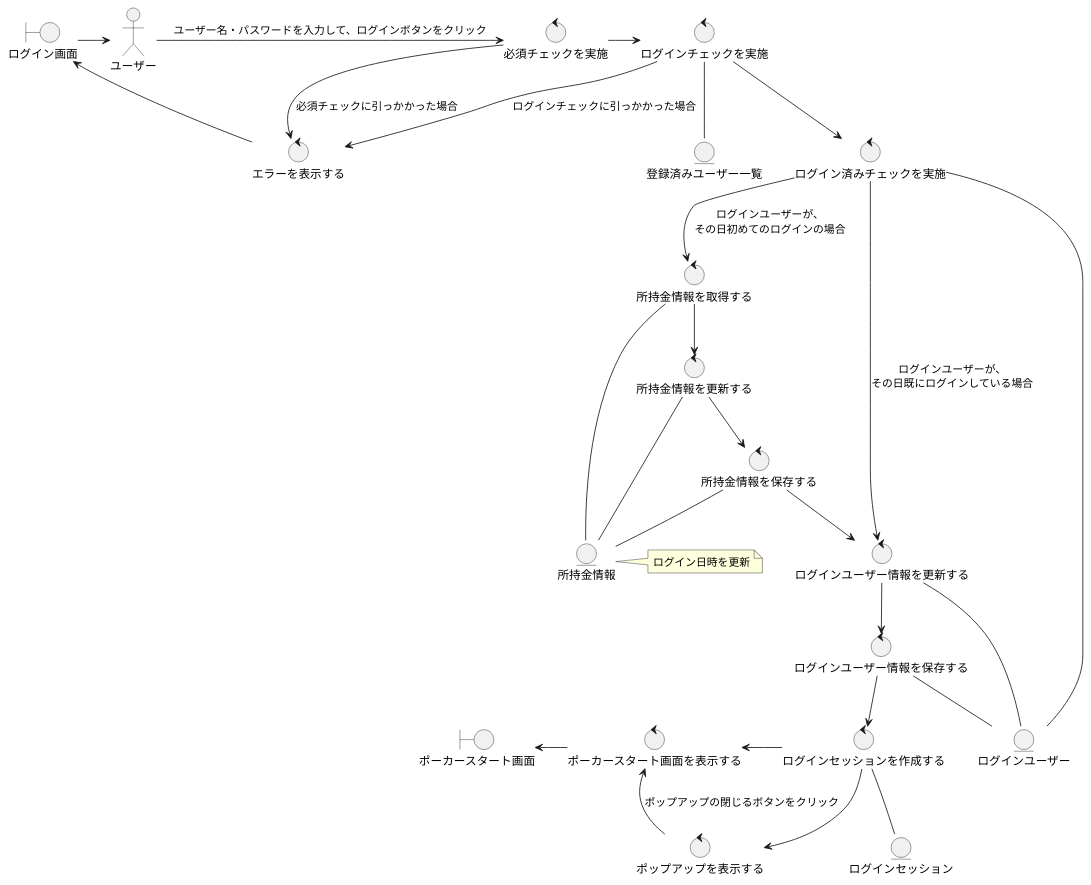
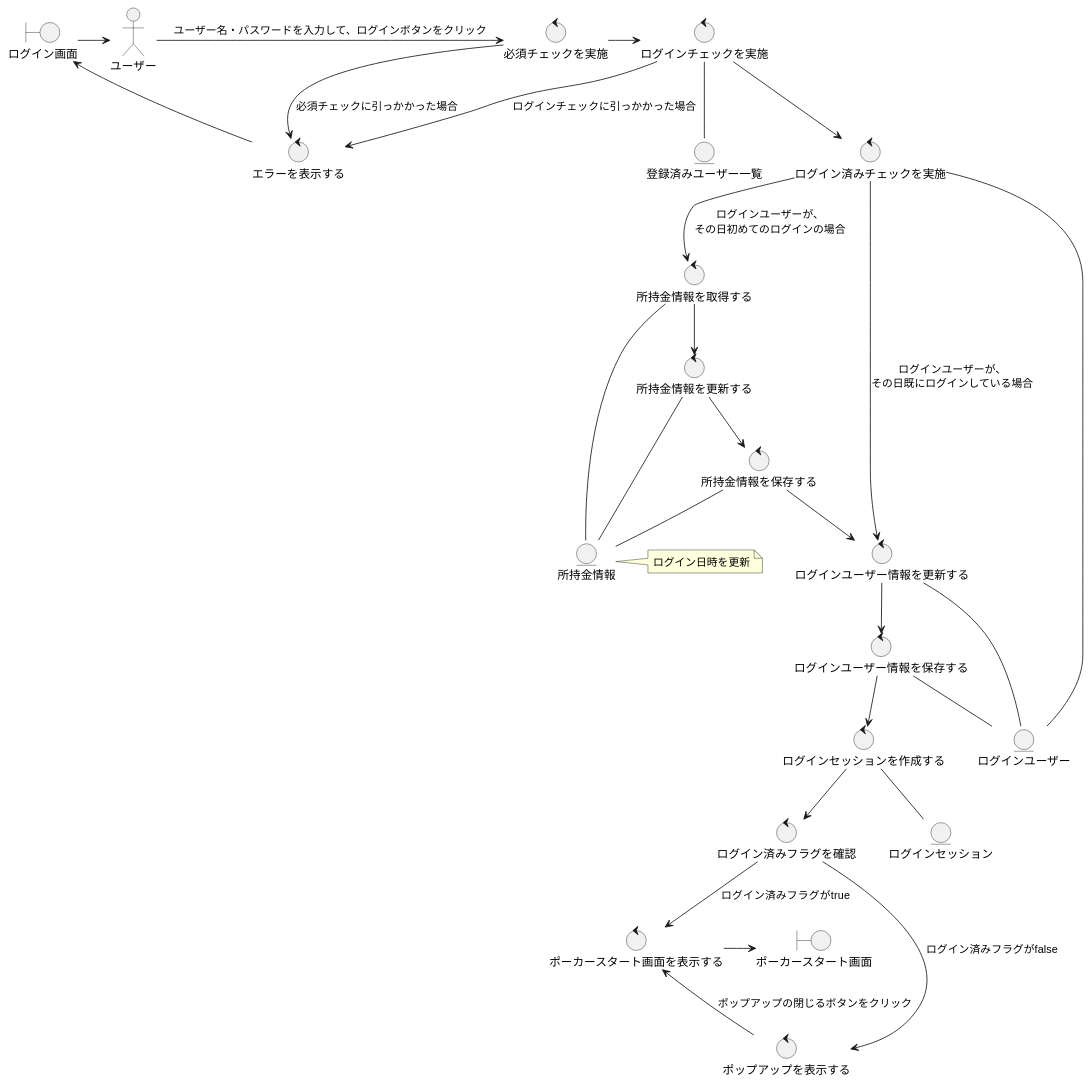
Before and after one commit to CSTSCSTS/UserAp: the diagram in docs/詳細設計/ロバストネス図/ログイン/ログインする(ロバストネス図).puml, drawn with PlantUML. The commit also changed 1 other file, not shown here.

Commit message:
ログインのロバストネス図を作成

```diff
--- a/docs/詳細設計/ロバストネス図/ログイン/ログインする(ロバストネス図).puml
+++ b/docs/詳細設計/ロバストネス図/ログイン/ログインする(ロバストネス図).puml
@@ -1,60 +1,62 @@
 @startuml
 
 actor ユーザー
 
 boundary ログイン画面
 boundary ポーカースタート画面
 control 必須チェックを実施
 control ログインチェックを実施
 control ログインセッションを作成する
 control ポーカースタート画面を表示する
 control ログインユーザー情報を更新する
 control ログインセッションを作成する
 control ログインユーザー情報を保存する
 control 所持金情報を取得する
 control 所持金情報を更新する
 control 所持金情報を保存する
 control ログイン済みチェックを実施
 control エラーを表示する
 control ポップアップを表示する
+control ログイン済みフラグを確認
 entity 登録済みユーザー一覧
 entity ログインユーザー
 entity ログインセッション
 entity 所持金情報
 
 
 '基本コース
 ログイン画面 -right-> ユーザー
 ユーザー -right-> 必須チェックを実施 : ユーザー名・パスワードを入力して、ログインボタンをクリック
 必須チェックを実施 -right-> ログインチェックを実施
 ログインチェックを実施 -down-> ログイン済みチェックを実施
 ログイン済みチェックを実施 -down-> ログインユーザー情報を更新する : ログインユーザーが、\nその日既にログインしている場合
 note right : ログイン日時を更新
 ログインユーザー情報を更新する -down-> ログインユーザー情報を保存する
 ログインユーザー情報を保存する -down-> ログインセッションを作成する
-ログインセッションを作成する -left-> ポーカースタート画面を表示する
+ログインセッションを作成する --> ログイン済みフラグを確認
+ログイン済みフラグを確認 --> ポーカースタート画面を表示する : ログイン済みフラグがtrue
 ポーカースタート画面を表示する -left-> ポーカースタート画面
 
 ログインチェックを実施 -- 登録済みユーザー一覧
 ログイン済みチェックを実施 -- ログインユーザー
 ログインユーザー情報を更新する -- ログインユーザー
 ログインユーザー情報を保存する -- ログインユーザー
 ログインセッションを作成する -- ログインセッション
 
 '代替コース
 必須チェックを実施 -down-> エラーを表示する : 必須チェックに引っかかった場合
 ログインチェックを実施 -down-> エラーを表示する : ログインチェックに引っかかった場合
 エラーを表示する -up-> ログイン画面
 ログイン済みチェックを実施 --> 所持金情報を取得する : ログインユーザーが、\nその日初めてのログインの場合
 所持金情報を取得する --> 所持金情報を更新する
 所持金情報を更新する --> 所持金情報を保存する
 所持金情報を保存する --> ログインユーザー情報を更新する
-ログインセッションを作成する --> ポップアップを表示する
+ログイン済みフラグを確認 --> ポップアップを表示する : ログイン済みフラグがfalse
 ポップアップを表示する -up-> ポーカースタート画面を表示する : ポップアップの閉じるボタンをクリック
 
 所持金情報を取得する -- 所持金情報
 所持金情報を更新する -- 所持金情報
 所持金情報を保存する -- 所持金情報
 
 
 @enduml
```
